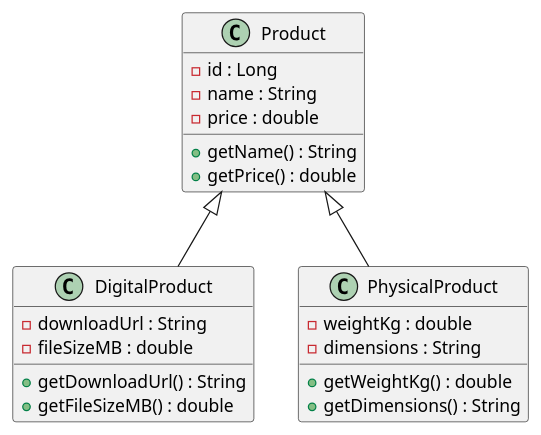
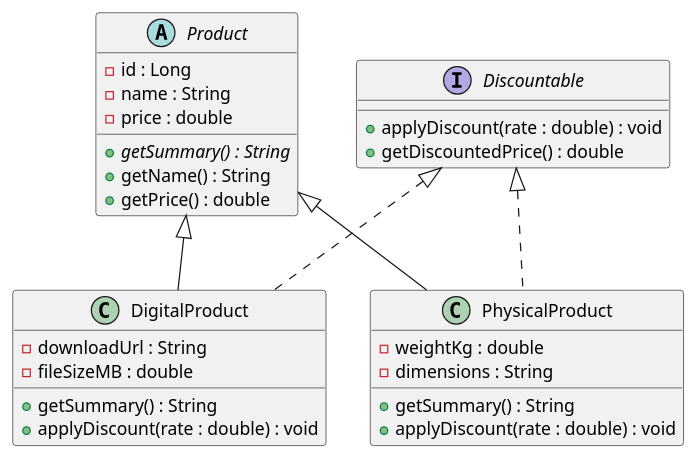
Before and after one commit to 007DHBR/products-api: the diagram in docs/uml/product-hierarchy.puml, drawn with PlantUML. The commit also changed 6 other files, not shown here.

Commit message:
Tutorial 5: polymorphism — getSummary override and Discountable interface

```diff
--- a/docs/uml/product-hierarchy.puml
+++ b/docs/uml/product-hierarchy.puml
@@ -1,28 +1,39 @@
 @startuml
 
-class Product {
+abstract class Product {
   - id : Long
   - name : String
   - price : double
+  + {abstract} getSummary() : String
   + getName() : String
   + getPrice() : double
+}
+
+interface Discountable {
+  + applyDiscount(rate : double) : void
+  + getDiscountedPrice() : double
 }
 
 class DigitalProduct {
   - downloadUrl : String
   - fileSizeMB : double
-  + getDownloadUrl() : String
-  + getFileSizeMB() : double
+  + getSummary() : String
+  + applyDiscount(rate : double) : void
 }
 
 class PhysicalProduct {
   - weightKg : double
   - dimensions : String
-  + getWeightKg() : double
-  + getDimensions() : String
+  + getSummary() : String
+  + applyDiscount(rate : double) : void
 }
 
+' <|-- generalisation (extends): SOLID line
 Product <|-- DigitalProduct
 Product <|-- PhysicalProduct
 
+' <|.. realisation (implements): DASHED line
+Discountable <|.. DigitalProduct
+Discountable <|.. PhysicalProduct
+
 @enduml
```
